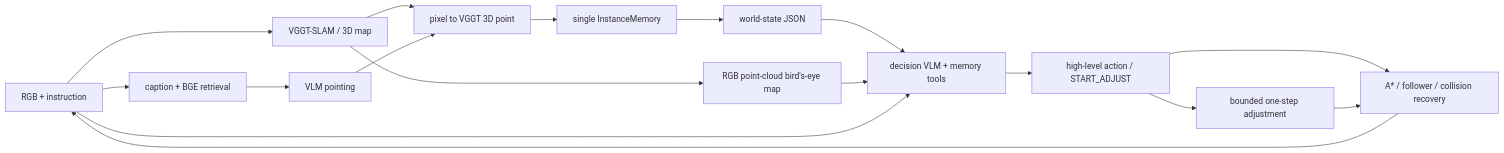
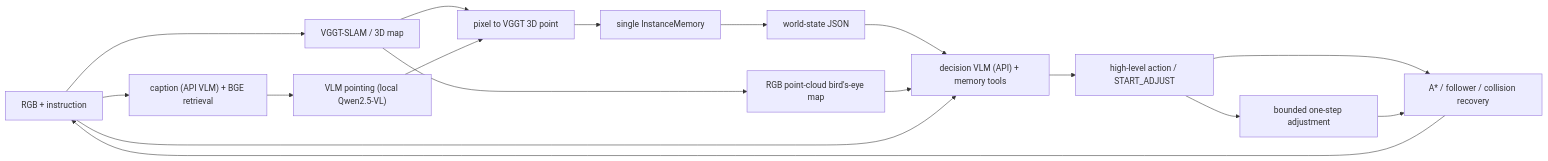
Before and after one commit to WeberFU23/VGGTNavAgent: the diagram in AGENT_ARCHITECTURE.md, drawn with Mermaid. The commit also changed other lines of this file and 19 other files, not shown here.

Commit message:
优化建图，prompt与决策流程

````diff
--- a/AGENT_ARCHITECTURE.md
+++ b/AGENT_ARCHITECTURE.md
@@ -13,19 +13,19 @@
 ```mermaid
 flowchart LR
     RGB["RGB + instruction"] --> MAP["VGGT-SLAM / 3D map"]
-    RGB --> CAP["caption + BGE retrieval"]
-    CAP --> POINT["VLM pointing"]
+    RGB --> CAP["caption (API VLM) + BGE retrieval"]
+    CAP --> POINT["VLM pointing (local Qwen2.5-VL)"]
     MAP --> P3D["pixel to VGGT 3D point"]
     POINT --> P3D
     P3D --> MEM["single InstanceMemory"]
     MEM --> STATE["world-state JSON"]
     MAP --> TOP["RGB point-cloud bird's-eye map"]
-    STATE --> VLM["decision VLM + memory tools"]
+    STATE --> VLM["decision VLM (API) + memory tools"]
     TOP --> VLM
     RGB --> VLM
     VLM --> HIGH["high-level action / START_ADJUST"]
     HIGH --> EXEC["A* / follower / collision recovery"]
     HIGH --> MICRO["bounded one-step adjustment"]
     MICRO --> EXEC
     EXEC --> RGB
 ```
````
